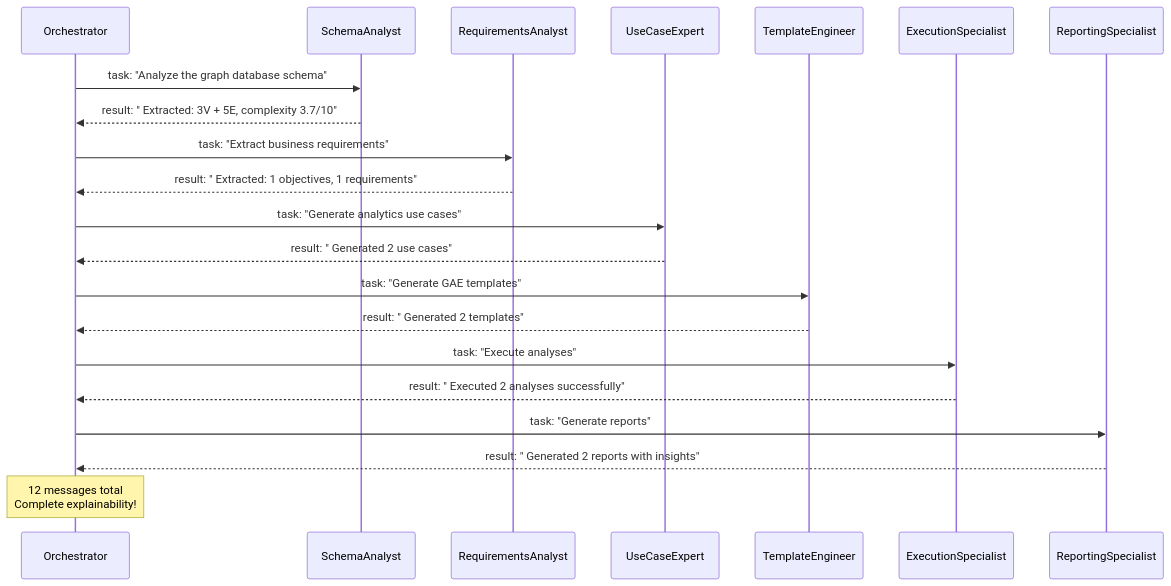
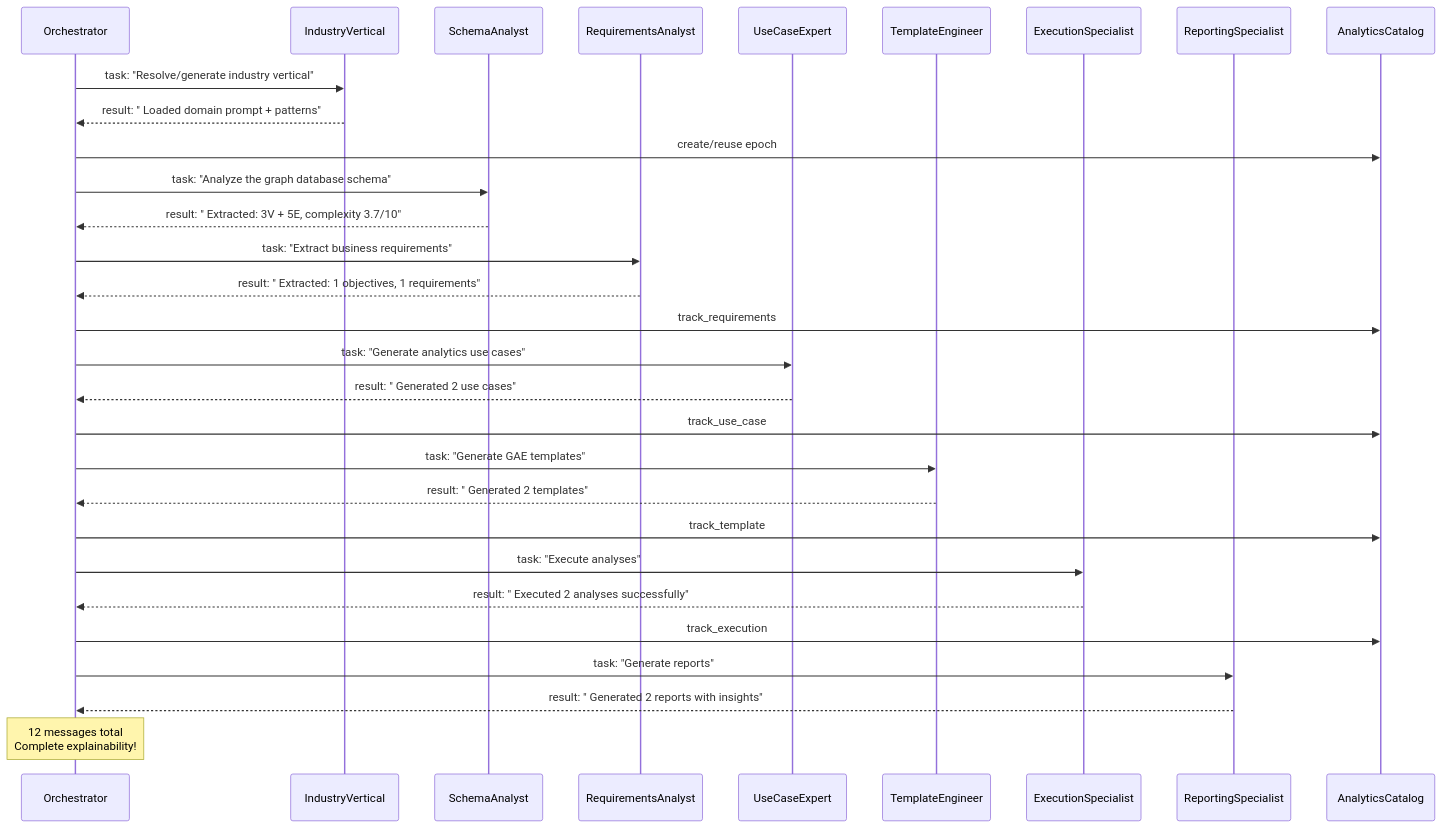
Before and after one commit to ArthurKeen/graph-analytics-ai-platform: the second of 2 diagrams in docs/archive/phase-completions/PHASE_10_COMPLETE.md, drawn with Mermaid. The commit also changed other lines of this file and 4 other files, not shown here.

First line of the commit message:
docs: update agentic workflow diagrams for vertical automation and catalog

````diff
--- a/docs/archive/phase-completions/PHASE_10_COMPLETE.md
+++ b/docs/archive/phase-completions/PHASE_10_COMPLETE.md
@@ -180,30 +195,40 @@
 ```mermaid
 sequenceDiagram
  participant Orch as Orchestrator
+ participant Vert as IndustryVertical
  participant Schema as SchemaAnalyst
  participant Req as RequirementsAnalyst
  participant UC as UseCaseExpert
  participant Temp as TemplateEngineer
  participant Exec as ExecutionSpecialist
  participant Rep as ReportingSpecialist
+ participant Catalog as AnalyticsCatalog
+ 
+ Orch->>Vert: task: "Resolve/generate industry vertical"
+ Vert-->>Orch: result: " Loaded domain prompt + patterns"
+ Orch->>Catalog: create/reuse epoch
  
  Orch->>Schema: task: "Analyze the graph database schema"
  Schema-->>Orch: result: " Extracted: 3V + 5E, complexity 3.7/10"
  
  Orch->>Req: task: "Extract business requirements"
  Req-->>Orch: result: " Extracted: 1 objectives, 1 requirements"
+ Orch->>Catalog: track_requirements
  
  Orch->>UC: task: "Generate analytics use cases"
  UC-->>Orch: result: " Generated 2 use cases"
+ Orch->>Catalog: track_use_case
  
  Orch->>Temp: task: "Generate GAE templates"
  Temp-->>Orch: result: " Generated 2 templates"
+ Orch->>Catalog: track_template
  
  Orch->>Exec: task: "Execute analyses"
  Exec-->>Orch: result: " Executed 2 analyses successfully"
+ Orch->>Catalog: track_execution
  
  Orch->>Rep: task: "Generate reports"
  Rep-->>Orch: result: " Generated 2 reports with insights"
  
  Note over Orch: 12 messages total<br/>Complete explainability!
 ```
````
